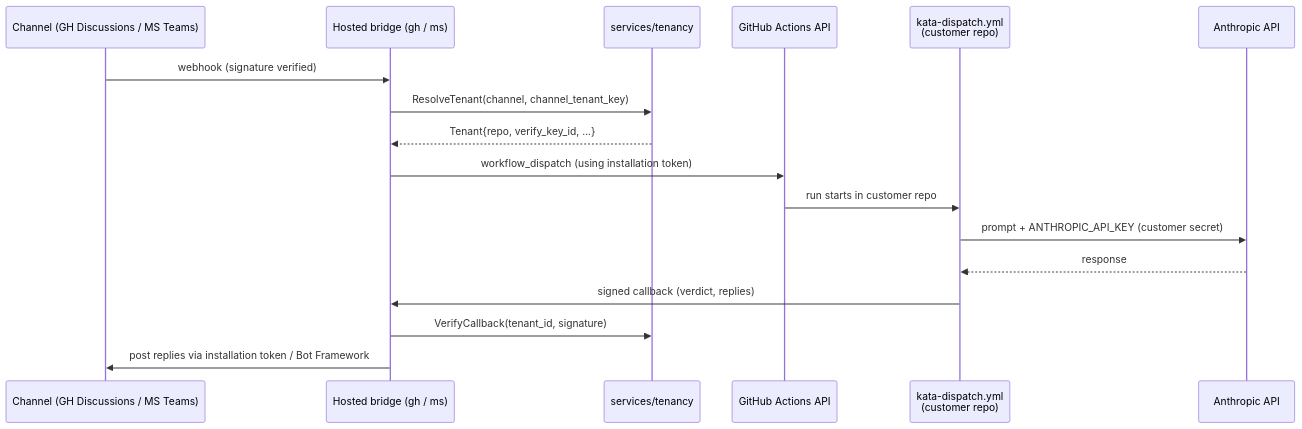
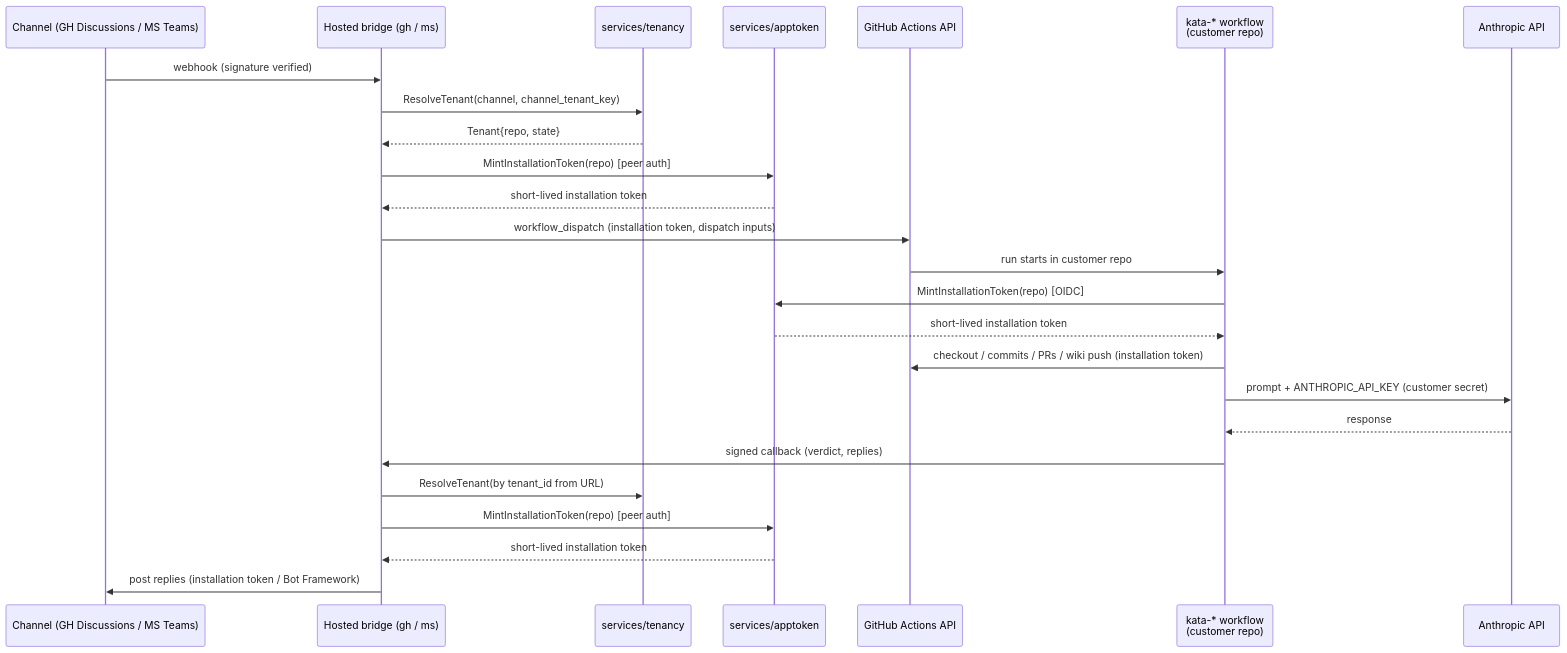
One commit to forwardimpact/monorepo changed the diagram in specs/1270-kata-bridges-public-hosting/design-a.md. Above: the diagram before and after it, drawn with Mermaid. The commit also changed other lines of this file and 1 other file, not shown here.

````diff
--- a/specs/1270-kata-bridges-public-hosting/design-a.md
+++ b/specs/1270-kata-bridges-public-hosting/design-a.md
@@ -24,20 +34,28 @@
 ```mermaid
 sequenceDiagram
     participant Ch as Channel (GH Discussions / MS Teams)
     participant Br as Hosted bridge (gh / ms)
     participant Tn as services/tenancy
+    participant AT as services/apptoken
     participant GH as GitHub Actions API
-    participant WF as kata-dispatch.yml<br/>(customer repo)
+    participant WF as kata-* workflow<br/>(customer repo)
     participant An as Anthropic API
 
     Ch->>Br: webhook (signature verified)
     Br->>Tn: ResolveTenant(channel, channel_tenant_key)
-    Tn-->>Br: Tenant{repo, verify_key_id, ...}
-    Br->>GH: workflow_dispatch (using installation token)
+    Tn-->>Br: Tenant{repo, state}
+    Br->>AT: MintInstallationToken(repo) [peer auth]
+    AT-->>Br: short-lived installation token
+    Br->>GH: workflow_dispatch (installation token, dispatch inputs)
     GH->>WF: run starts in customer repo
+    WF->>AT: MintInstallationToken(repo) [OIDC]
+    AT-->>WF: short-lived installation token
+    WF->>GH: checkout / commits / PRs / wiki push (installation token)
     WF->>An: prompt + ANTHROPIC_API_KEY (customer secret)
     An-->>WF: response
     WF->>Br: signed callback (verdict, replies)
-    Br->>Tn: VerifyCallback(tenant_id, signature)
-    Br->>Ch: post replies via installation token / Bot Framework
+    Br->>Tn: ResolveTenant(by tenant_id from URL)
+    Br->>AT: MintInstallationToken(repo) [peer auth]
+    AT-->>Br: short-lived installation token
+    Br->>Ch: post replies (installation token / Bot Framework)
 ```
````
